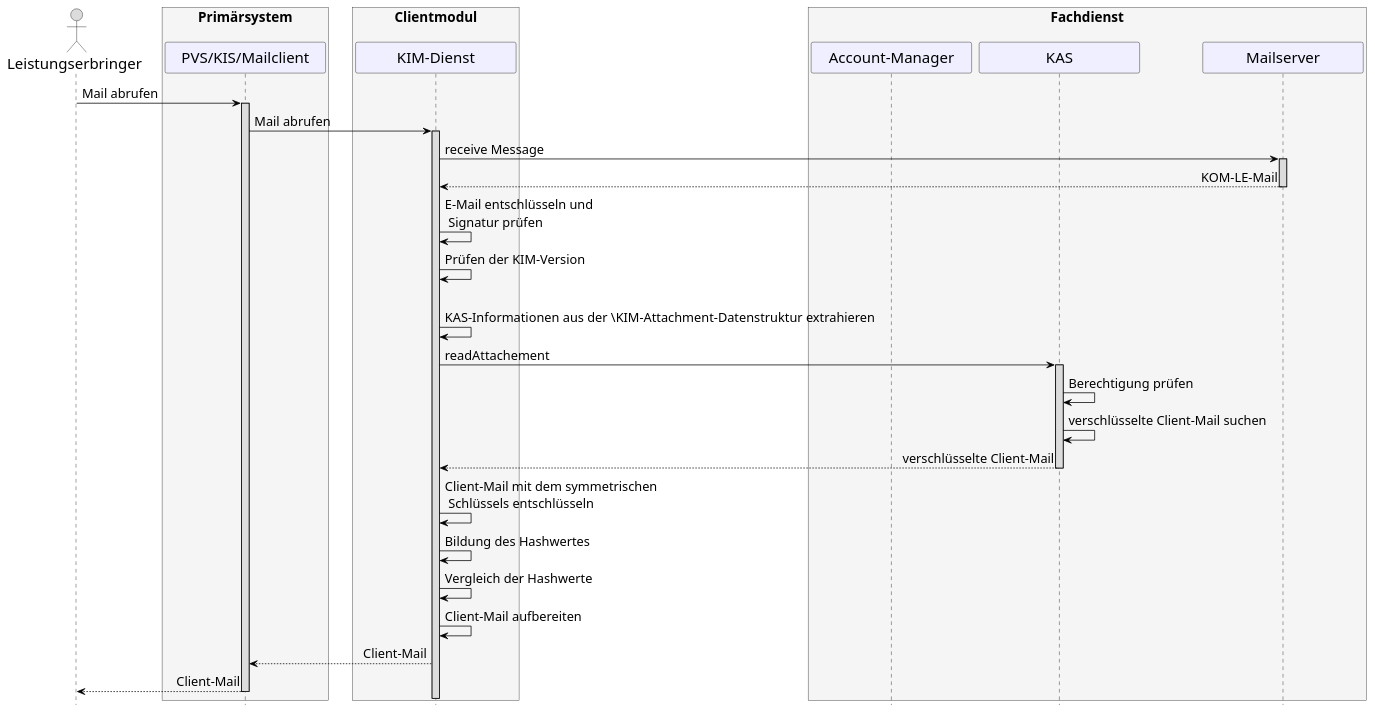
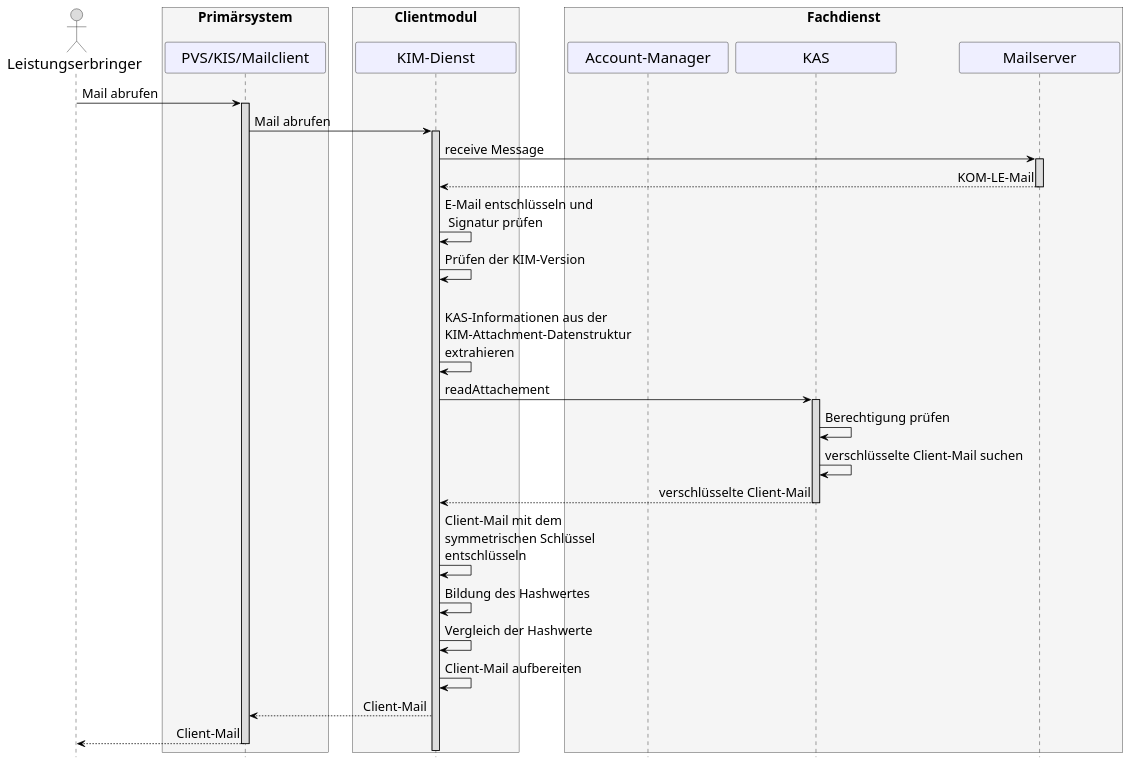
Before and after one commit to gematik/api-kim: the diagram in src/plantuml/Fachdienst/Seq_kas_email_empfangen.puml, drawn with PlantUML.

Commit message:
formatted text

```diff
--- a/src/plantuml/Fachdienst/Seq_kas_email_empfangen.puml
+++ b/src/plantuml/Fachdienst/Seq_kas_email_empfangen.puml
@@ -8,65 +8,65 @@
 @startuml
 skinparam sequenceMessageAlign direction
 skinparam minClassWidth 200
 skinparam BoxPadding 15
 skinparam sequenceReferenceHeaderBackgroundColor palegreen
 scale max 2048 width
 hide footbox
 
 skinparam sequence {
 ArrowColor black
 ArrowFontSize 17
 ActorBorderColor black
 LifeLineBorderColor black
 LifeLineBackgroundColor Gainsboro
 
 ParticipantBorderColor Motivation
 ParticipantBackgroundColor Motivation
 ParticipantFontSize 20
 ParticipantFontColor black
 ParticipantBorderColor Black
 ParticipantBackgroundColor MOTIVATION
 
 ActorBackgroundColor Gainsboro
 ActorFontColor black
 ActorFontSize 20
 ActorFontName Aapex
 }
       actor L as "Leistungserbringer"
       box <size:18>Primärsystem\n #WhiteSmoke
             participant P as "PVS/KIS/Mailclient"
       end box
       box <size:18>Clientmodul\n #WhiteSmoke
       participant KM as "KIM-Dienst"
       end box
       box <size:18>Fachdienst\n #WhiteSmoke
       participant AM as "Account-Manager"
       participant K as "KAS"
       participant MS as "Mailserver"
       end box
 
 L->P: Mail abrufen
  activate P
  P->KM: Mail abrufen
  activate KM
  KM->MS++: receive Message
  MS-->KM--: KOM-LE-Mail
  KM->KM: E-Mail entschlüsseln und\n Signatur prüfen
  KM->KM: Prüfen der KIM-Version
  opt KIM-Attachment-Datenstruktur vorhanden
- KM->KM: KAS-Informationen aus der \KIM-Attachment-Datenstruktur extrahieren
+ KM->KM: KAS-Informationen aus der\nKIM-Attachment-Datenstruktur\nextrahieren
  KM->K: readAttachement
  activate K
  K->K: Berechtigung prüfen
  K->K: verschlüsselte Client-Mail suchen
  K-->KM: verschlüsselte Client-Mail
  deactivate K
-  KM->KM: Client-Mail mit dem symmetrischen\n Schlüssels entschlüsseln
+  KM->KM: Client-Mail mit dem\nsymmetrischen Schlüssel\nentschlüsseln
   KM->KM: Bildung des Hashwertes
   KM->KM: Vergleich der Hashwerte
   KM->KM: Client-Mail aufbereiten
   KM-->P: Client-Mail
   deactivate K
   P-->L: Client-Mail
   deactivate P
 @enduml
```
